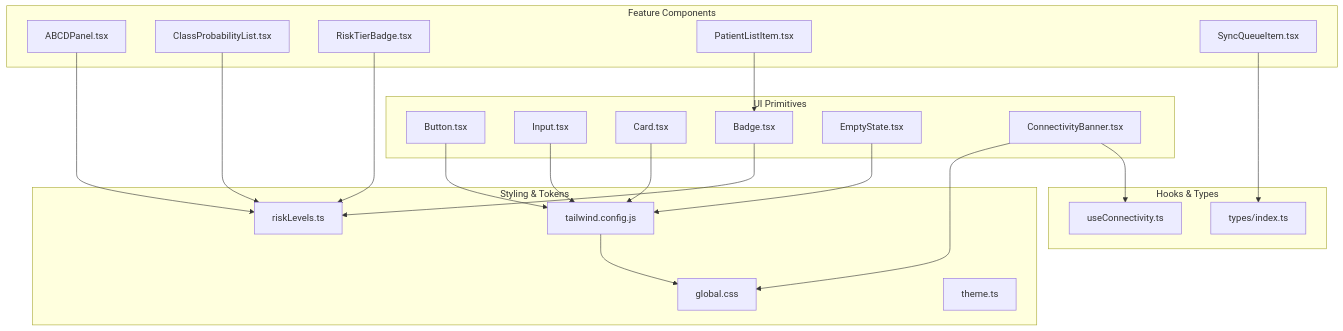
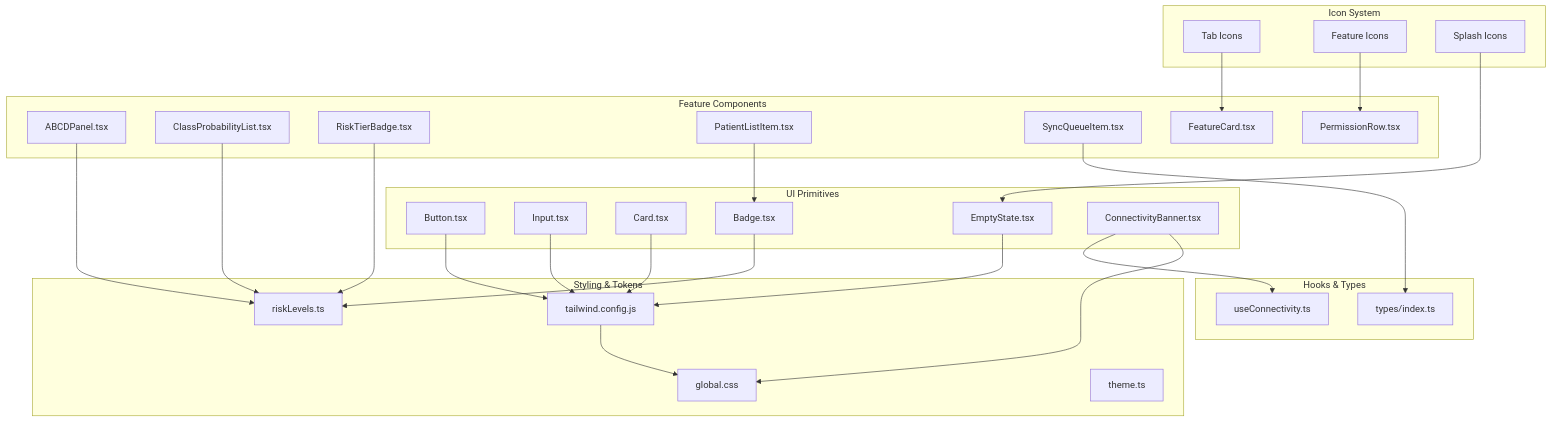
Before and after one commit to AdeelTahir-SE/DermSight: the first of 9 diagrams in .qoder/repowiki/en/content/UI Components Library/UI Components Library.md, drawn with Mermaid. The commit also changed other lines of this file and 33 other files, not shown here.

````diff
--- a/.qoder/repowiki/en/content/UI Components Library/UI Components Library.md
+++ b/.qoder/repowiki/en/content/UI Components Library/UI Components Library.md
@@ -42,41 +54,51 @@
 ```mermaid
 graph TB
 subgraph "UI Primitives"
 B["Button.tsx"]
 I["Input.tsx"]
 C["Card.tsx"]
 BD["Badge.tsx"]
 ES["EmptyState.tsx"]
 CB["ConnectivityBanner.tsx"]
 end
 subgraph "Feature Components"
 ABCD["ABCDPanel.tsx"]
 CPL["ClassProbabilityList.tsx"]
 RTB["RiskTierBadge.tsx"]
 PLI["PatientListItem.tsx"]
 SQI["SyncQueueItem.tsx"]
+FC["FeatureCard.tsx"]
+PR["PermissionRow.tsx"]
+end
+subgraph "Icon System"
+TI["Tab Icons"]
+FI["Feature Icons"]
+SI["Splash Icons"]
 end
 subgraph "Styling & Tokens"
 TW["tailwind.config.js"]
 GCSS["global.css"]
 TH["theme.ts"]
 RL["riskLevels.ts"]
 end
 subgraph "Hooks & Types"
 UC["useConnectivity.ts"]
 TYP["types/index.ts"]
 end
 B --> TW
 I --> TW
 C --> TW
 BD --> RL
 ES --> TW
 CB --> UC
 ABCD --> RL
 CPL --> RL
 RTB --> RL
 PLI --> BD
 SQI --> TYP
 CB --> GCSS
 TW --> GCSS
+TI --> FC
+FI --> PR
+SI --> ES
 ```
````
